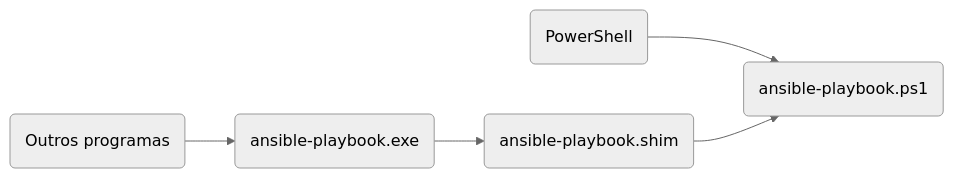
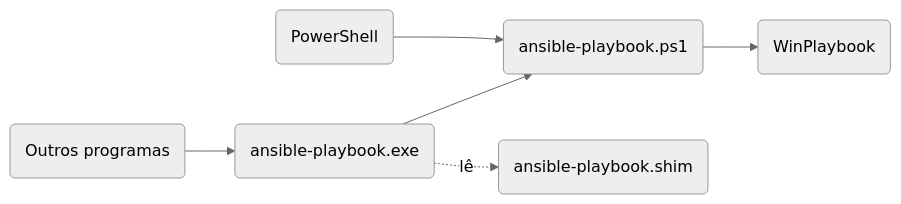
One commit to LeonardoSextare/WinPlaybook changed the second of 3 diagrams in docs/pt-br/how-it-works.md. Above: the diagram before and after it, drawn with Mermaid (neutral theme). The commit also changed other lines of this file and 8 other files, not shown here.

````diff
--- a/docs/pt-br/how-it-works.md
+++ b/docs/pt-br/how-it-works.md
@@ -55,6 +33,8 @@
 ```mermaid
 flowchart LR
     pwsh("PowerShell") --> ps1("ansible-playbook.ps1")
     other("Outros programas") --> exe("ansible-playbook.exe")
-    exe --> config("ansible-playbook.shim") --> ps1
+    exe -. lê .-> config("ansible-playbook.shim")
+    exe --> ps1
+    ps1 --> module("WinPlaybook")
 ```
````
